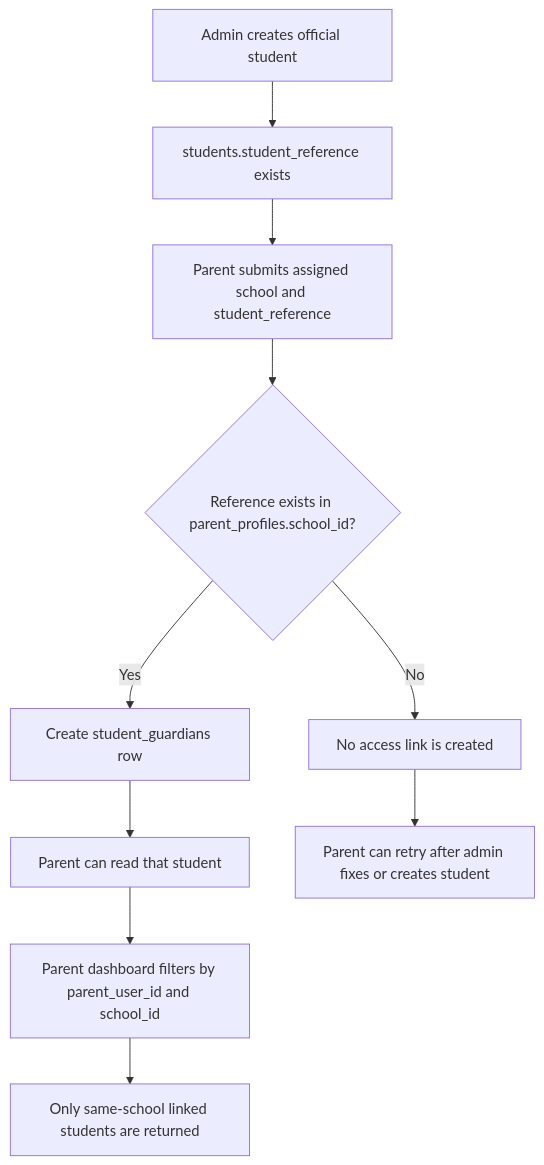
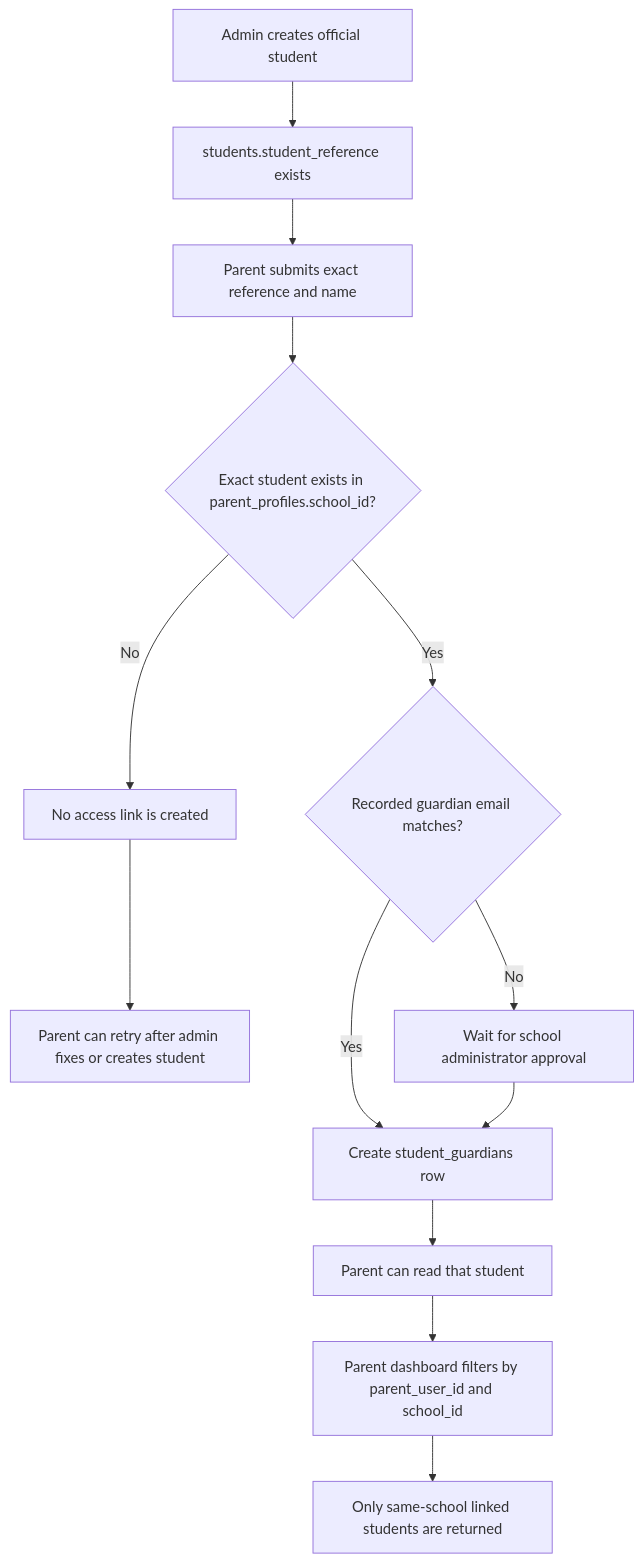
Diagram 15 of 25 in docs/PROJECT_FLOWCHARTS.md (Xeyn19/xmetapay), drawn with Mermaid before and after one commit. The commit also changed other lines of this file and 32 other files, not shown here.

````diff
--- a/docs/PROJECT_FLOWCHARTS.md
+++ b/docs/PROJECT_FLOWCHARTS.md
@@ -528,12 +532,15 @@
 ```mermaid
 flowchart TD
   A["Admin creates official student"] --> B["students.student_reference exists"]
-  B --> C["Parent submits assigned school and student_reference"]
-  C --> D{"Reference exists in parent_profiles.school_id?"}
+  B --> C["Parent submits exact reference and name"]
+  C --> D{"Exact student exists in parent_profiles.school_id?"}
   D -->|No| E["No access link is created"]
-  D -->|Yes| F["Create student_guardians row"]
+  D -->|Yes| D2{"Recorded guardian email matches?"}
+  D2 -->|Yes| F["Create student_guardians row"]
+  D2 -->|No| F2["Wait for school administrator approval"]
+  F2 --> F
   F --> G["Parent can read that student"]
   G --> H["Parent dashboard filters by parent_user_id and school_id"]
   H --> I["Only same-school linked students are returned"]
   E --> J["Parent can retry after admin fixes or creates student"]
 ```
````
